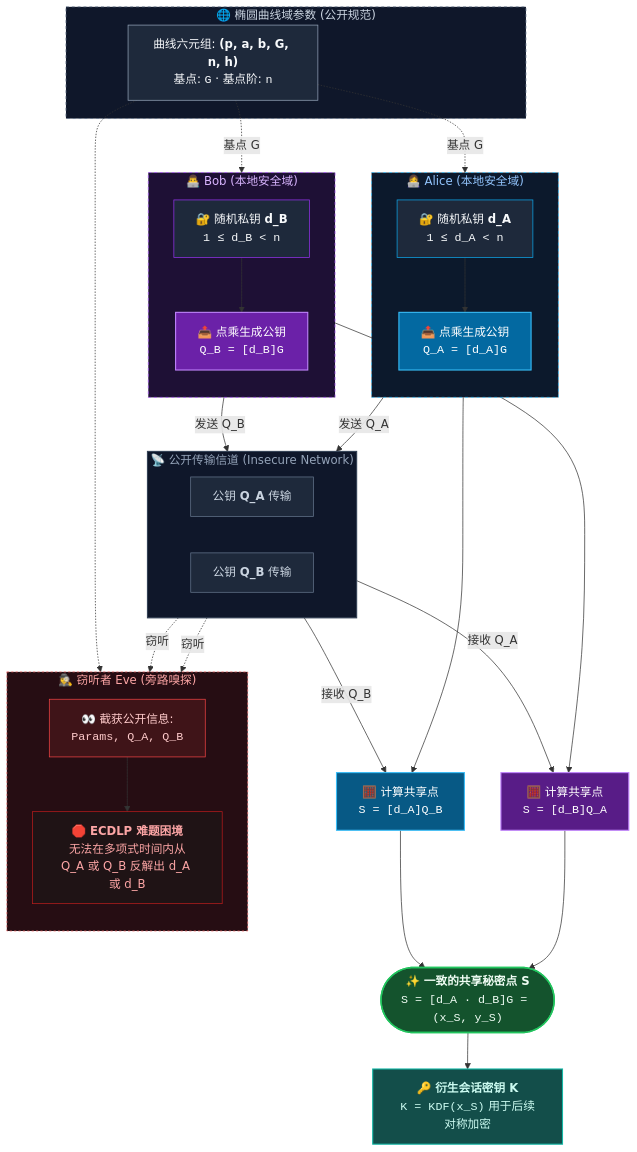
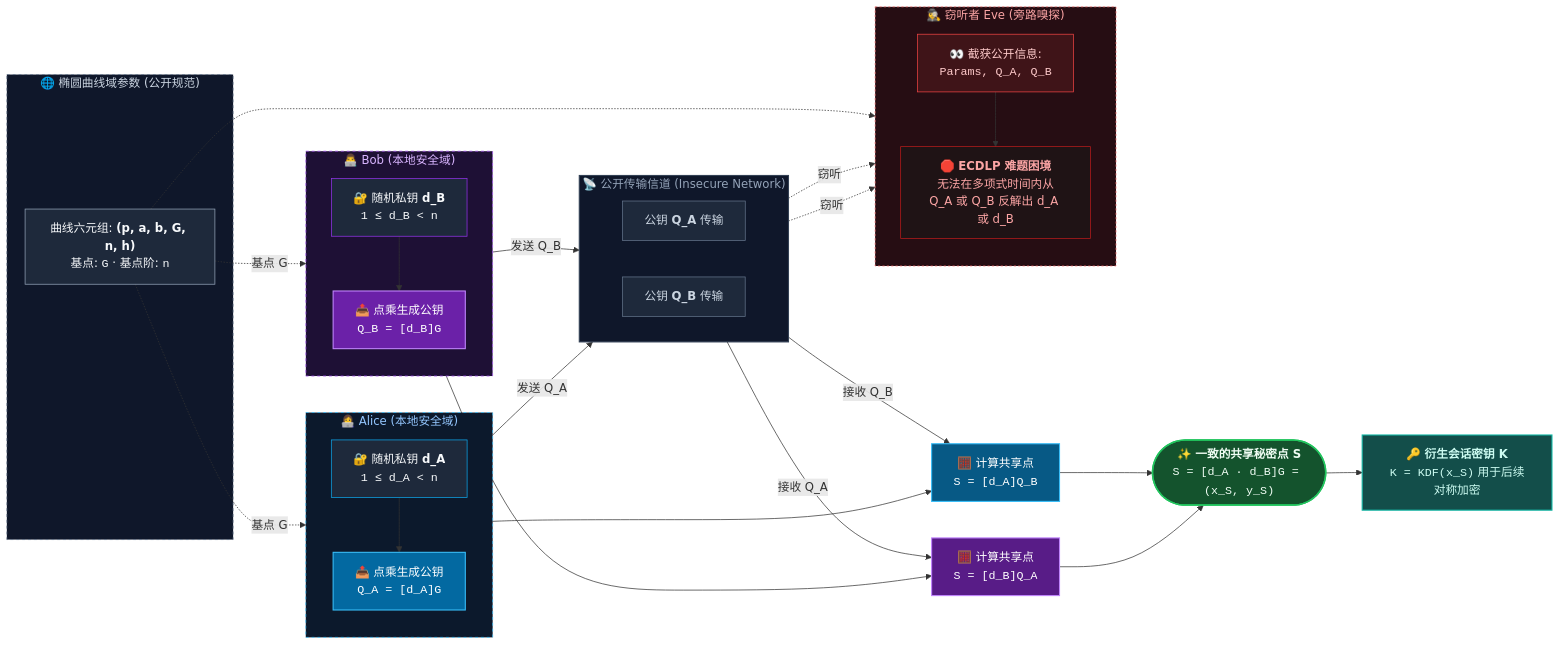
Before and after one commit to teatang/t-blog: the fourth of 4 diagrams in source/_posts/2024/2024-08-28_椭圆曲线密码学 (ECC) 详解.md, drawn with Mermaid. The commit also changed other lines of this file and 5 other files, not shown here.

```diff
--- a/source/_posts/2024/2024-08-28_椭圆曲线密码学 (ECC) 详解.md
+++ b/source/_posts/2024/2024-08-28_椭圆曲线密码学 (ECC) 详解.md
@@ -232,5 +232,5 @@
 {% mermaid %}
-flowchart TD
+flowchart LR
     %% 阶段 1：公共域参数
     subgraph Params [" 🌐 椭圆曲线域参数 (公开规范) "]
         P["曲线六元组: <b>(p, a, b, G, n, h)</b><br/>基点: <code>G</code> · 基点阶: <code>n</code>"]
```
